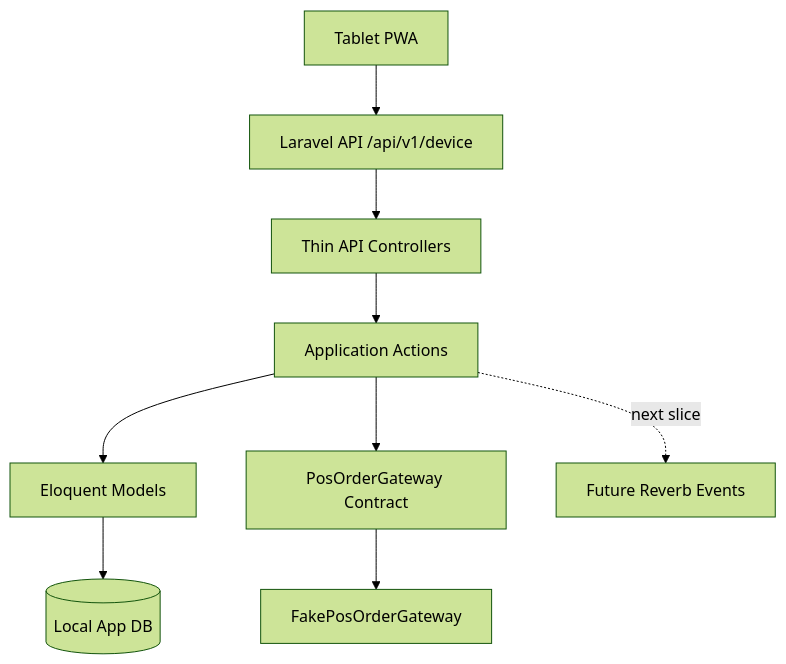
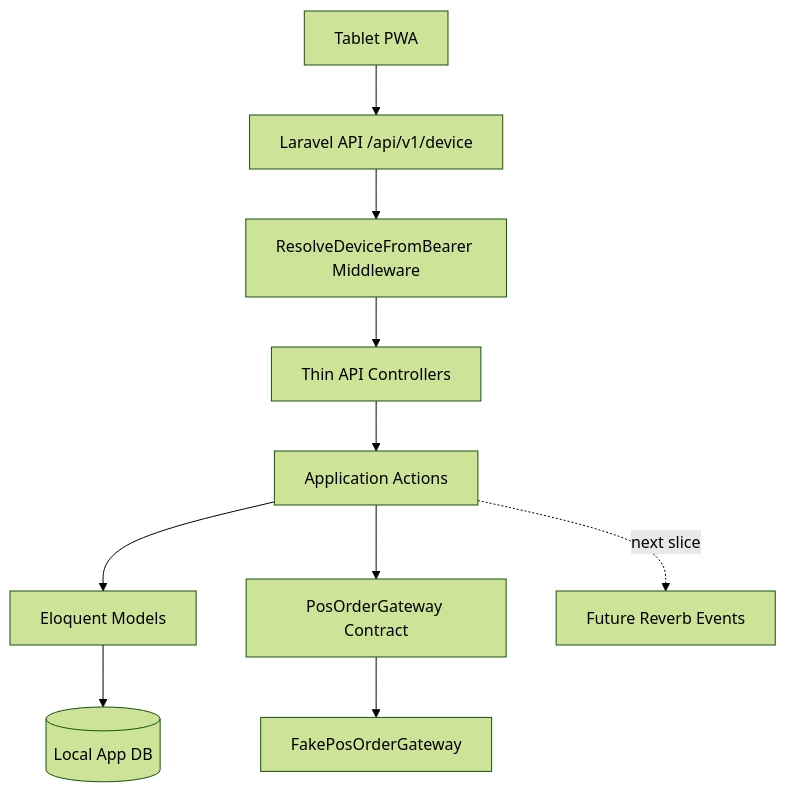
One commit to ryanpastorizadev-bit/woosoo-app changed the first of 2 diagrams in docs/CASE_FILE.md. Above: the diagram before and after it, drawn with Mermaid (forest theme). The commit also changed other lines of this file, not shown here.

Commit message:
Update case file for device bearer middleware

````diff
--- a/docs/CASE_FILE.md
+++ b/docs/CASE_FILE.md
@@ -17,21 +17,23 @@
 ```mermaid
 flowchart TD
     Tablet[Tablet PWA]
     Api[Laravel API /api/v1/device]
+    Middleware[ResolveDeviceFromBearer Middleware]
     Controllers[Thin API Controllers]
     Actions[Application Actions]
     Models[Eloquent Models]
     DB[(Local App DB)]
     POS[PosOrderGateway Contract]
     Fake[FakePosOrderGateway]
     Reverb[Future Reverb Events]
 
     Tablet --> Api
-    Api --> Controllers
+    Api --> Middleware
+    Middleware --> Controllers
     Controllers --> Actions
     Actions --> Models
     Models --> DB
     Actions --> POS
     POS --> Fake
     Actions -. next slice .-> Reverb
 ```
````
